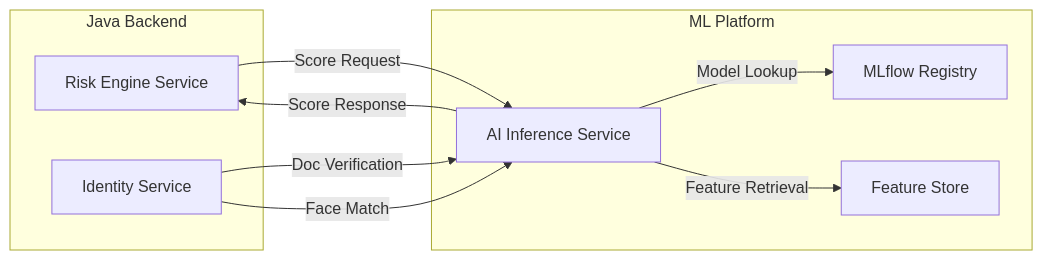
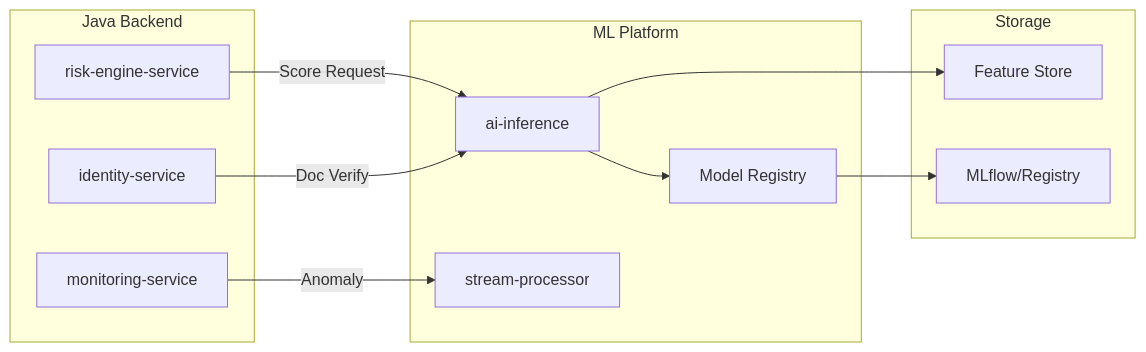
Before and after one commit to olaflaitinen/Hafnium: the first of 2 diagrams in docs/mlops/backend-ml-integration.md, drawn with Mermaid. The commit also changed other lines of this file and 153 other files, not shown here.

````diff
--- a/docs/mlops/backend-ml-integration.md
+++ b/docs/mlops/backend-ml-integration.md
@@ -9,21 +9,27 @@
 ```mermaid
-flowchart LR
-    subgraph Backend["Java Backend"]
-        RS[Risk Engine Service]
-        IS[Identity Service]
+graph LR
+    subgraph "Java Backend"
+        RE[risk-engine-service]
+        IS[identity-service]
+        MS[monitoring-service]
     end
-
-    subgraph ML["ML Platform"]
-        AI[AI Inference Service]
-        MF[MLflow Registry]
+    
+    subgraph "ML Platform"
+        AI[ai-inference]
+        MR[Model Registry]
+        SP[stream-processor]
+    end
+    
+    subgraph "Storage"
         FS[Feature Store]
+        MD[MLflow/Registry]
     end
-
-    RS -->|Score Request| AI
-    AI -->|Model Lookup| MF
-    AI -->|Feature Retrieval| FS
-    AI -->|Score Response| RS
-
-    IS -->|Doc Verification| AI
-    IS -->|Face Match| AI
+    
+    RE -->|Score Request| AI
+    IS -->|Doc Verify| AI
+    MS -->|Anomaly| SP
+    
+    AI --> MR
+    AI --> FS
+    MR --> MD
 ```
````
